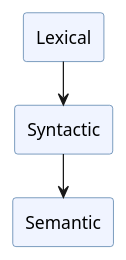
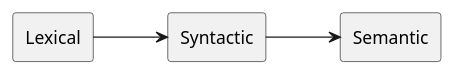
The diagram in docs/language-guide/index.md (ourPLCC/plcc-ng), drawn with PlantUML before and after one commit. The commit also changed other lines of this file, not shown here.

Commit message:
docs(language-guide): simplify pipeline diagram, remove duplicate prose [skip ci]

````diff
--- a/docs/language-guide/index.md
+++ b/docs/language-guide/index.md
@@ -38,14 +34,10 @@
 ```plantuml
 @startuml
 left to right direction
-skinparam rectangle {
-  BackgroundColor #f0f4ff
-  BorderColor #336699
-}
 rectangle "Lexical" as lex
 rectangle "Syntactic" as syn
 rectangle "Semantic" as sem
-lex -right-> syn
-syn -right-> sem
+lex --> syn
+syn --> sem
 @enduml
 ```
````
